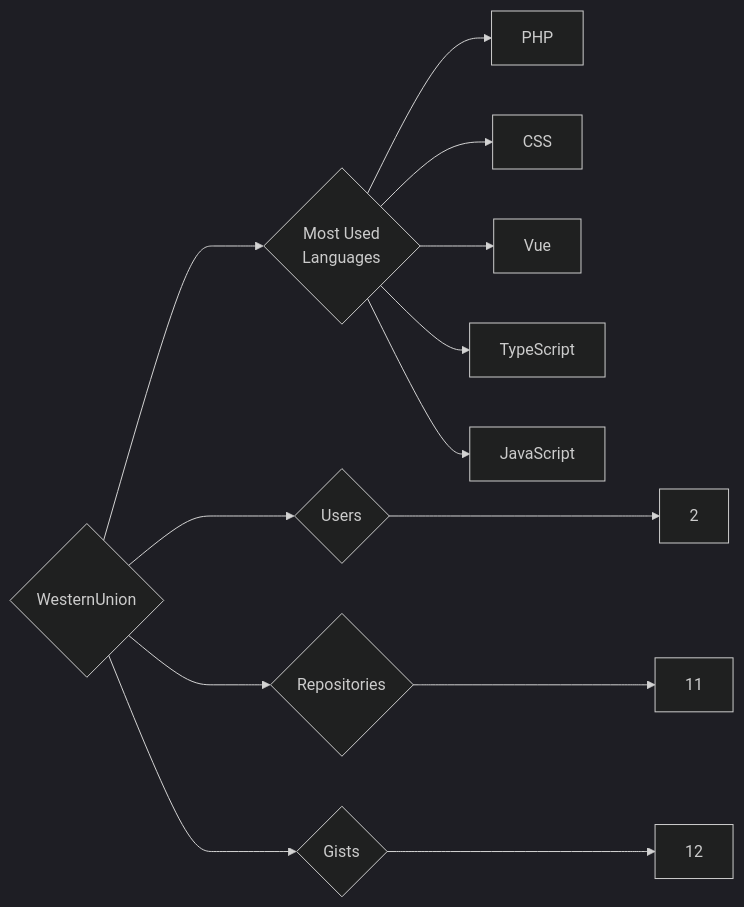
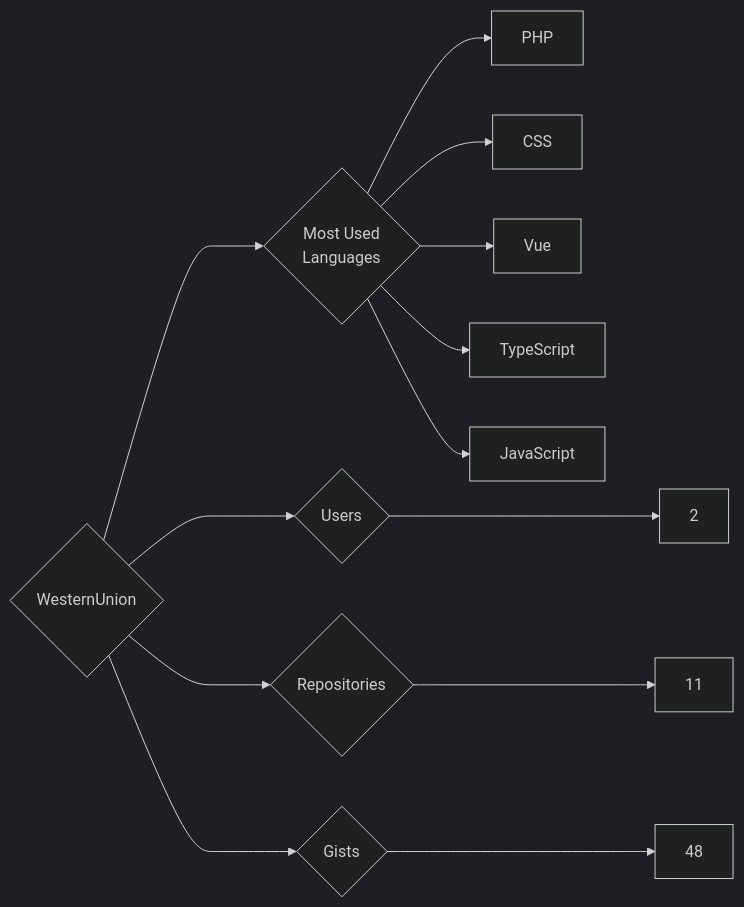
The diagram in targets/WesternUnion/README.md (trickest/insiders), drawn with Mermaid (dark theme) before and after one commit. The commit also changed 1496 other files, not shown here.

````diff
--- a/targets/WesternUnion/README.md
+++ b/targets/WesternUnion/README.md
@@ -3,13 +3,13 @@
 ```mermaid
 graph LR
 COMPANY_NAME{WesternUnion}
 COMPANY_NAME ---> U{Users} ---> UN[2]
 COMPANY_NAME ---> R{Repositories} ---> RN[11]
-COMPANY_NAME ---> G{Gists} ---> GN[12]
+COMPANY_NAME ---> G{Gists} ---> GN[48]
 COMPANY_NAME ---> ML{Most Used<br>Languages}
 ML --> PHP[PHP]
 ML --> CSS[CSS]
 ML --> Vue[Vue]
 ML --> TypeScript[TypeScript]
 ML --> JavaScript[JavaScript]
 ```
````
